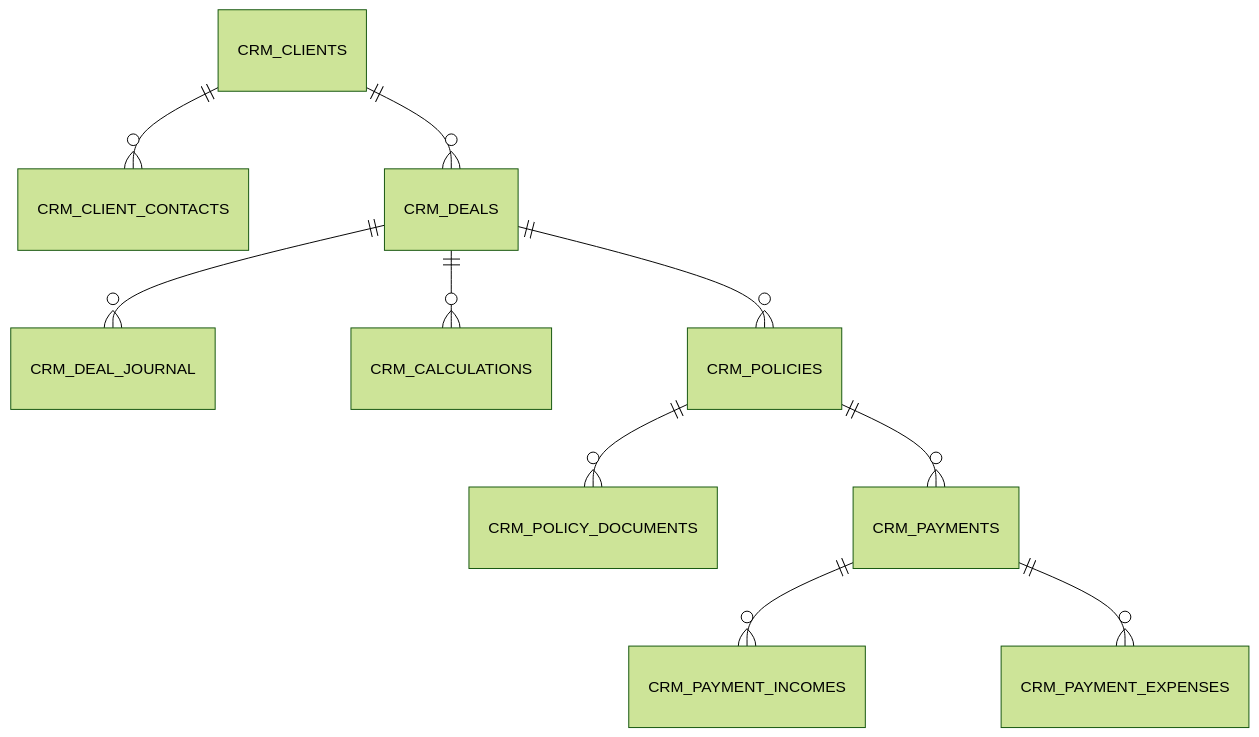
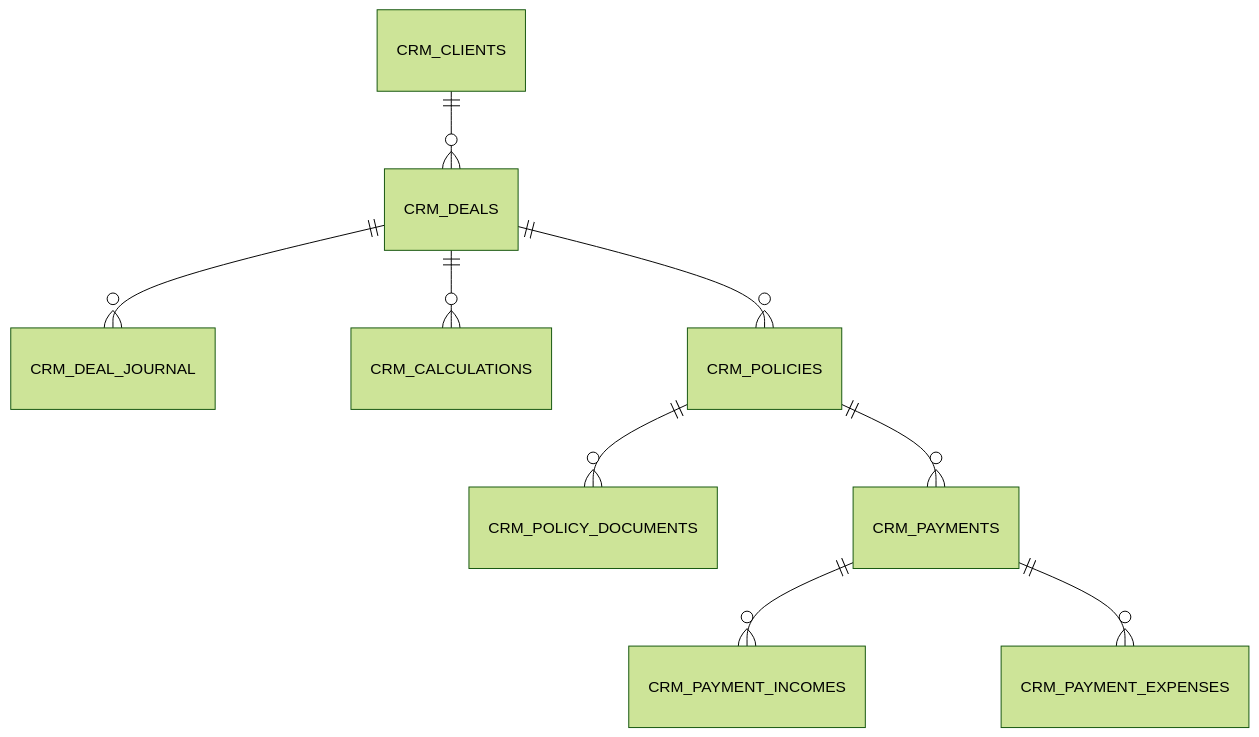
The second of 6 diagrams in docs/data-model.md (arhipvp/CRM_2.0), drawn with Mermaid (forest theme) before and after one commit. The commit also changed other lines of this file and 1 other file, not shown here.

Commit message:
docs: remove client contacts references

````diff
--- a/docs/data-model.md
+++ b/docs/data-model.md
@@ -58,12 +58,11 @@
 ```mermaid
 erDiagram
-    CRM_CLIENTS ||--o{ CRM_CLIENT_CONTACTS : ""
     CRM_CLIENTS ||--o{ CRM_DEALS : ""
     CRM_DEALS ||--o{ CRM_DEAL_JOURNAL : ""
     CRM_DEALS ||--o{ CRM_CALCULATIONS : ""
     CRM_DEALS ||--o{ CRM_POLICIES : ""
     CRM_POLICIES ||--o{ CRM_POLICY_DOCUMENTS : ""
     CRM_POLICIES ||--o{ CRM_PAYMENTS : ""
     CRM_PAYMENTS ||--o{ CRM_PAYMENT_INCOMES : ""
     CRM_PAYMENTS ||--o{ CRM_PAYMENT_EXPENSES : ""
 ```
````
